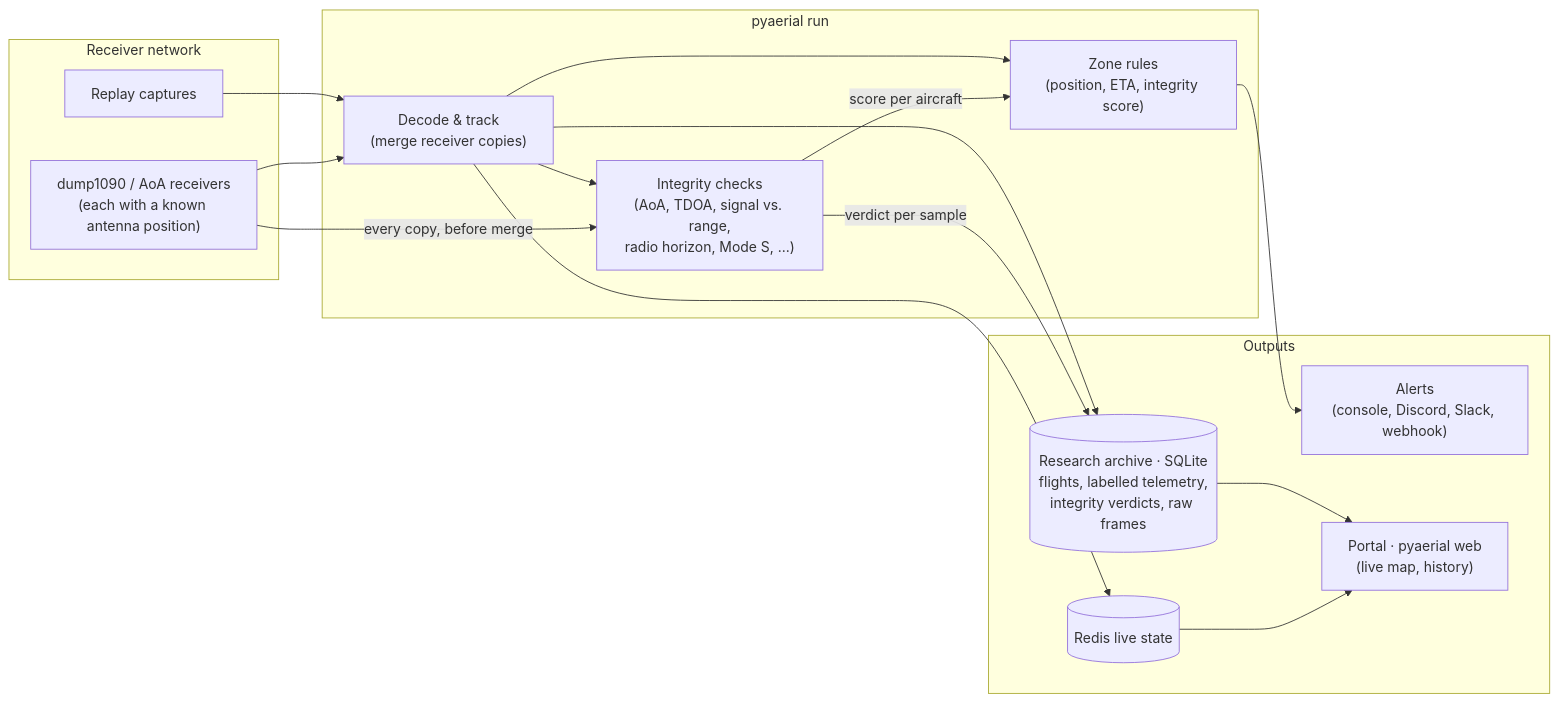
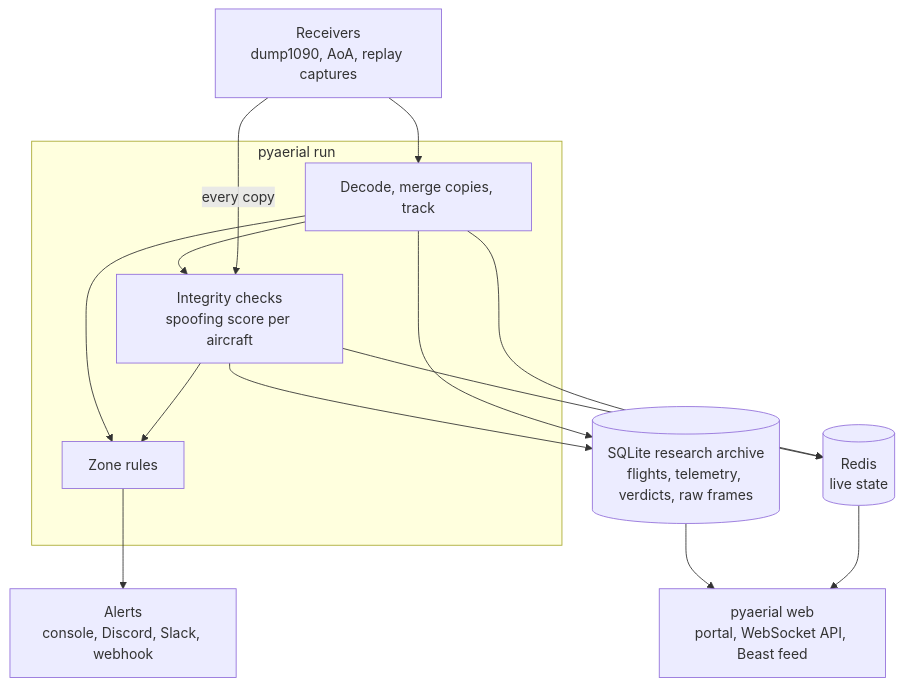
Before and after one commit to quantumbagel/PyAerial: the diagram in README.md, drawn with Mermaid. The commit also changed other lines of this file and 6 other files, not shown here.

Commit message:
docs: trim the docs, add ARCHITECTURE.md, CHANGELOG.md, and compatibility promises

````diff
--- a/README.md
+++ b/README.md
@@ -11,33 +11,28 @@
 ```mermaid
-graph LR
-    subgraph Network ["Receiver network"]
-        RX["dump1090 / AoA receivers<br/>(each with a known antenna position)"]
-        REPLAY["Replay captures"]
+graph TD
+    RX["Receivers<br/>dump1090, AoA, replay captures"]
+
+    subgraph Engine ["pyaerial run"]
+        TRACK["Decode, merge copies, track"]
+        INTEGRITY["Integrity checks<br/>spoofing score per aircraft"]
+        RULES["Zone rules"]
     end
 
-    subgraph Engine ["pyaerial run"]
-        TRACK["Decode & track<br/>(merge receiver copies)"]
-        INTEGRITY["Integrity checks<br/>(AoA, TDOA, signal vs. range,<br/>radio horizon, Mode S, ...)"]
-        RULES["Zone rules<br/>(position, ETA, integrity score)"]
-    end
-
-    subgraph Outputs ["Outputs"]
-        ARCHIVE[("Research archive · SQLite<br/>flights, labelled telemetry,<br/>integrity verdicts, raw frames")]
-        ALERTS["Alerts<br/>(console, Discord, Slack, webhook)"]
-        LIVE[("Redis live state")]
-        PORTAL["Portal · pyaerial web<br/>(live map, history)"]
-    end
+    ALERTS["Alerts<br/>console, Discord, Slack, webhook"]
+    LIVE[("Redis<br/>live state")]
+    ARCHIVE[("SQLite research archive<br/>flights, telemetry, verdicts, raw frames")]
+    PORTAL["pyaerial web<br/>portal, WebSocket API, Beast feed"]
 
     RX --> TRACK
-    REPLAY --> TRACK
-    RX -- "every copy, before merge" --> INTEGRITY
+    RX -- "every copy" --> INTEGRITY
     TRACK --> INTEGRITY
-    INTEGRITY -- "score per aircraft" --> RULES
+    INTEGRITY --> RULES
     TRACK --> RULES
     RULES --> ALERTS
-    INTEGRITY -- "verdict per sample" --> ARCHIVE
+    TRACK --> LIVE
+    INTEGRITY --> LIVE
     TRACK --> ARCHIVE
-    TRACK --> LIVE
+    INTEGRITY --> ARCHIVE
     LIVE --> PORTAL
     ARCHIVE --> PORTAL
 ```
````
